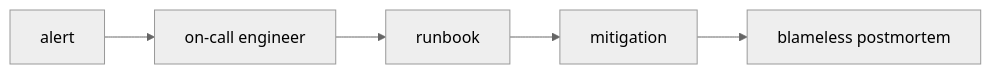
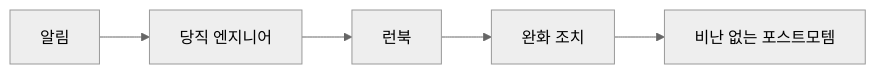
The diagram in content/devops-101/ko/09-incident-and-oncall.md (yeongseon-books/book-content), drawn with Mermaid (neutral theme) before and after one commit. The commit also changed other lines of this file and 1 other file, not shown here.

````diff
--- a/content/devops-101/ko/09-incident-and-oncall.md
+++ b/content/devops-101/ko/09-incident-and-oncall.md
@@ -35,7 +53,7 @@
 ```mermaid
 flowchart LR
-    Alert["alert"] --> OnCall["on-call engineer"]
-    OnCall --> Runbook["runbook"]
-    Runbook --> Mitigate["mitigation"]
-    Mitigate --> Postmortem["blameless postmortem"]
+    Alert["알림"] --> OnCall["당직 엔지니어"]
+    OnCall --> Runbook["런북"]
+    Runbook --> Mitigate["완화 조치"]
+    Mitigate --> Postmortem["비난 없는 포스트모템"]
 ```
````
